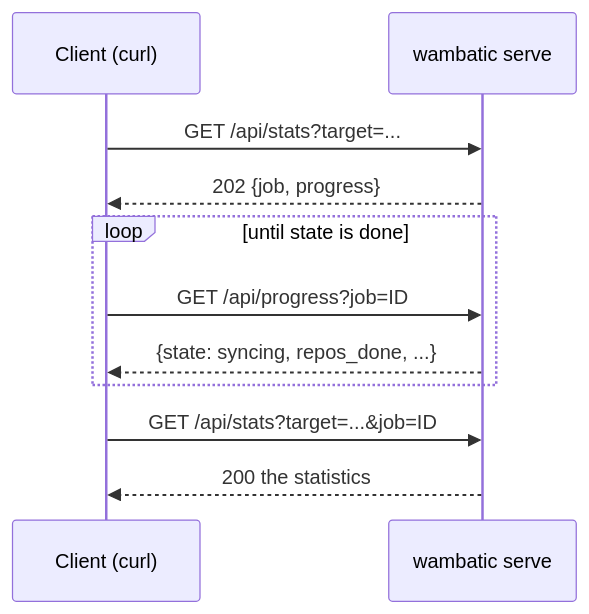
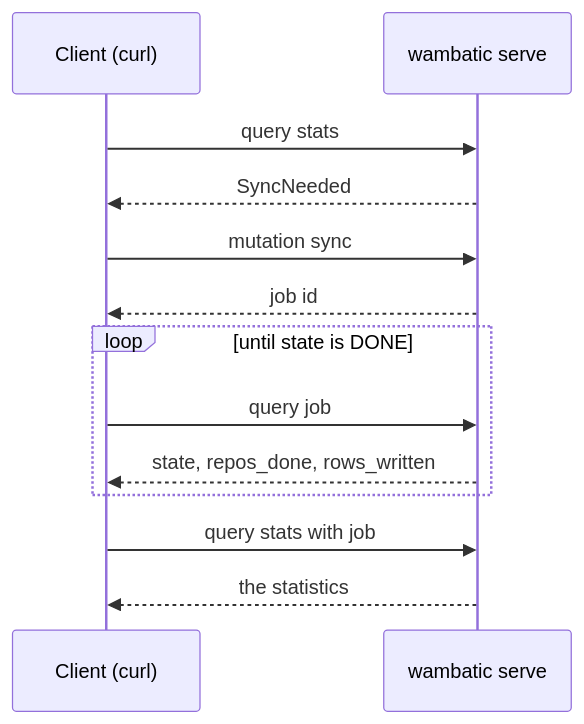
One commit to bnomis/wambatic changed the second of 3 diagrams in docs/guide/web.md. Above: the diagram before and after it, drawn with Mermaid. The commit also changed other lines of this file and 27 other files, not shown here.

````diff
--- a/docs/guide/web.md
+++ b/docs/guide/web.md
@@ -73,13 +78,15 @@
 ```mermaid
 sequenceDiagram
     participant C as Client (curl)
     participant S as wambatic serve
-    C->>S: GET /api/stats?target=...
-    S-->>C: 202 {job, progress}
-    loop until state is done
-        C->>S: GET /api/progress?job=ID
-        S-->>C: {state: syncing, repos_done, ...}
+    C->>S: query stats
+    S-->>C: SyncNeeded
+    C->>S: mutation sync
+    S-->>C: job id
+    loop until state is DONE
+        C->>S: query job
+        S-->>C: state, repos_done, rows_written
     end
-    C->>S: GET /api/stats?target=...&job=ID
-    S-->>C: 200 the statistics
+    C->>S: query stats with job
+    S-->>C: the statistics
 ```
````
